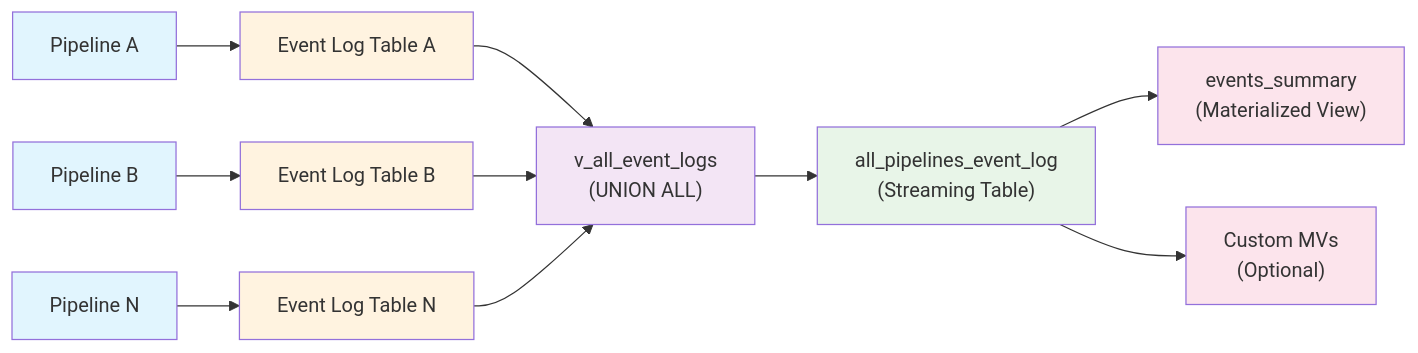
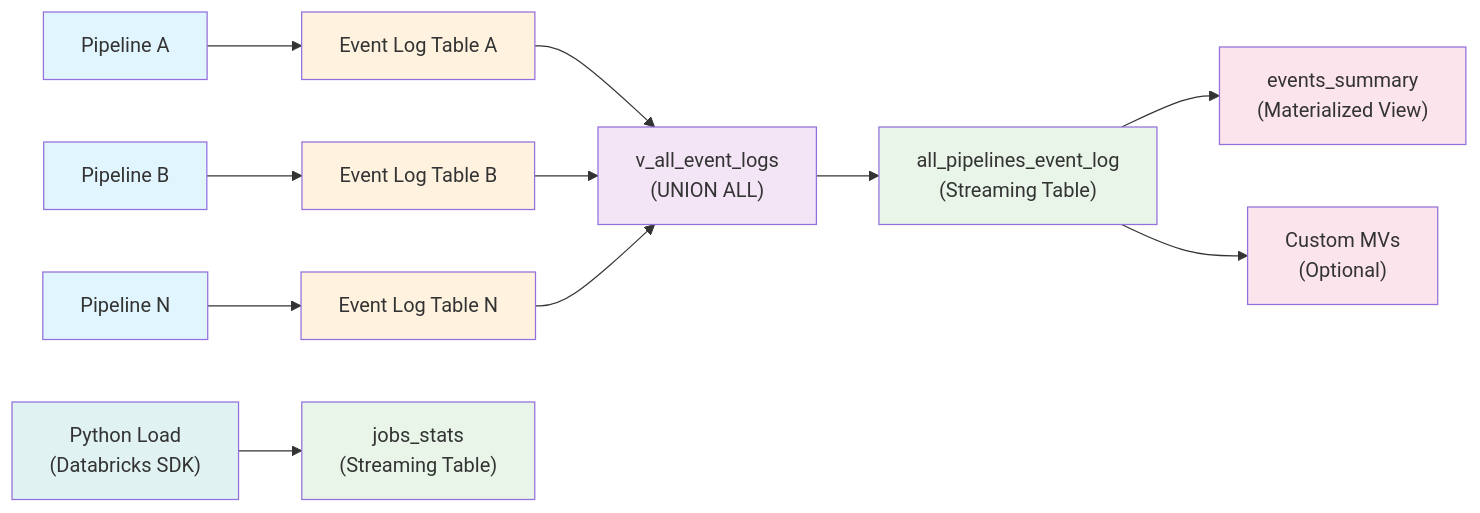
The diagram in docs/monitoring.rst (Mmodarre/Lakehouse_Plumber), drawn with Mermaid before and after one commit. The commit also changed other lines of this file and 4 other files, not shown here.

```diff
--- a/docs/monitoring.rst
+++ b/docs/monitoring.rst
@@ -42,25 +42,29 @@
 .. mermaid::
 
    flowchart LR
        P1["Pipeline A"] --> EL1["Event Log Table A"]
        P2["Pipeline B"] --> EL2["Event Log Table B"]
        P3["Pipeline N"] --> EL3["Event Log Table N"]
 
        EL1 --> UV["v_all_event_logs<br/>(UNION ALL)"]
        EL2 --> UV
        EL3 --> UV
 
        UV --> ST["all_pipelines_event_log<br/>(Streaming Table)"]
        ST --> MV1["events_summary<br/>(Materialized View)"]
        ST --> MV2["Custom MVs<br/>(Optional)"]
 
+       PL["Python Load<br/>(Databricks SDK)"] --> JS["jobs_stats<br/>(Streaming Table)"]
+
        style P1 fill:#e1f5fe
        style P2 fill:#e1f5fe
        style P3 fill:#e1f5fe
        style EL1 fill:#fff3e0
        style EL2 fill:#fff3e0
        style EL3 fill:#fff3e0
        style UV fill:#f3e5f5
        style ST fill:#e8f5e8
        style MV1 fill:#fce4ec
        style MV2 fill:#fce4ec
+       style PL fill:#e0f2f1
+       style JS fill:#e8f5e8
```
